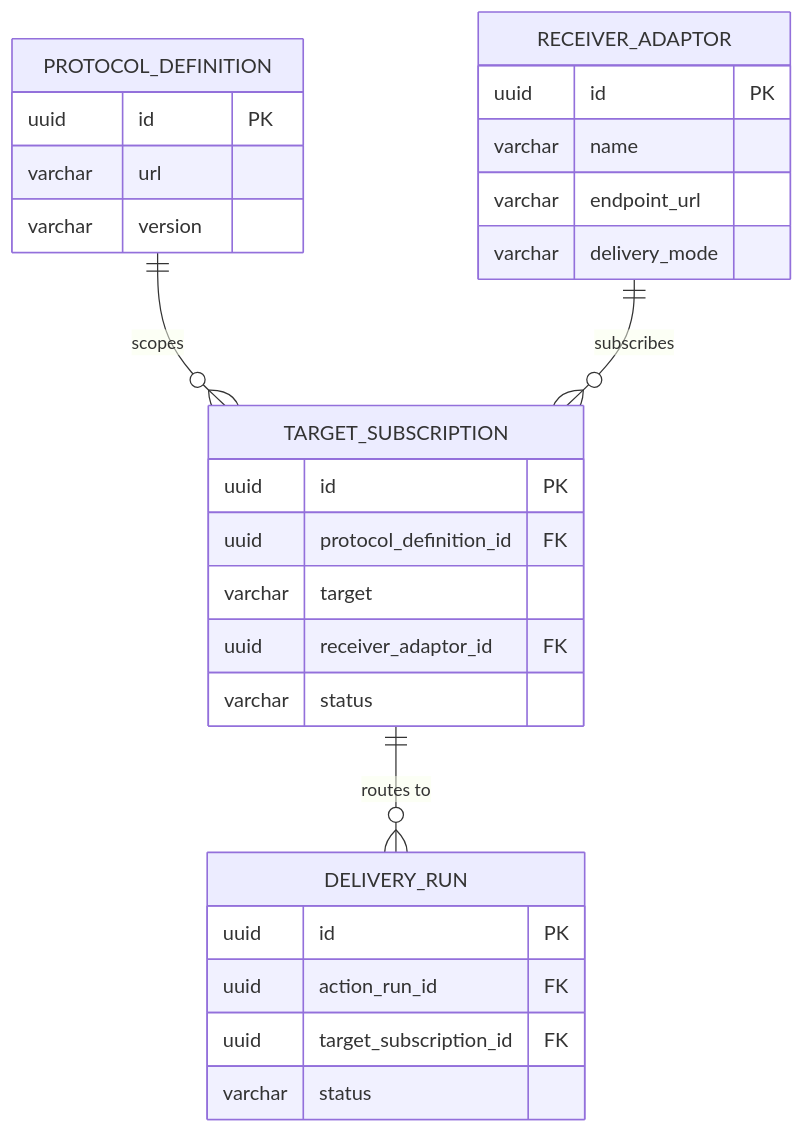
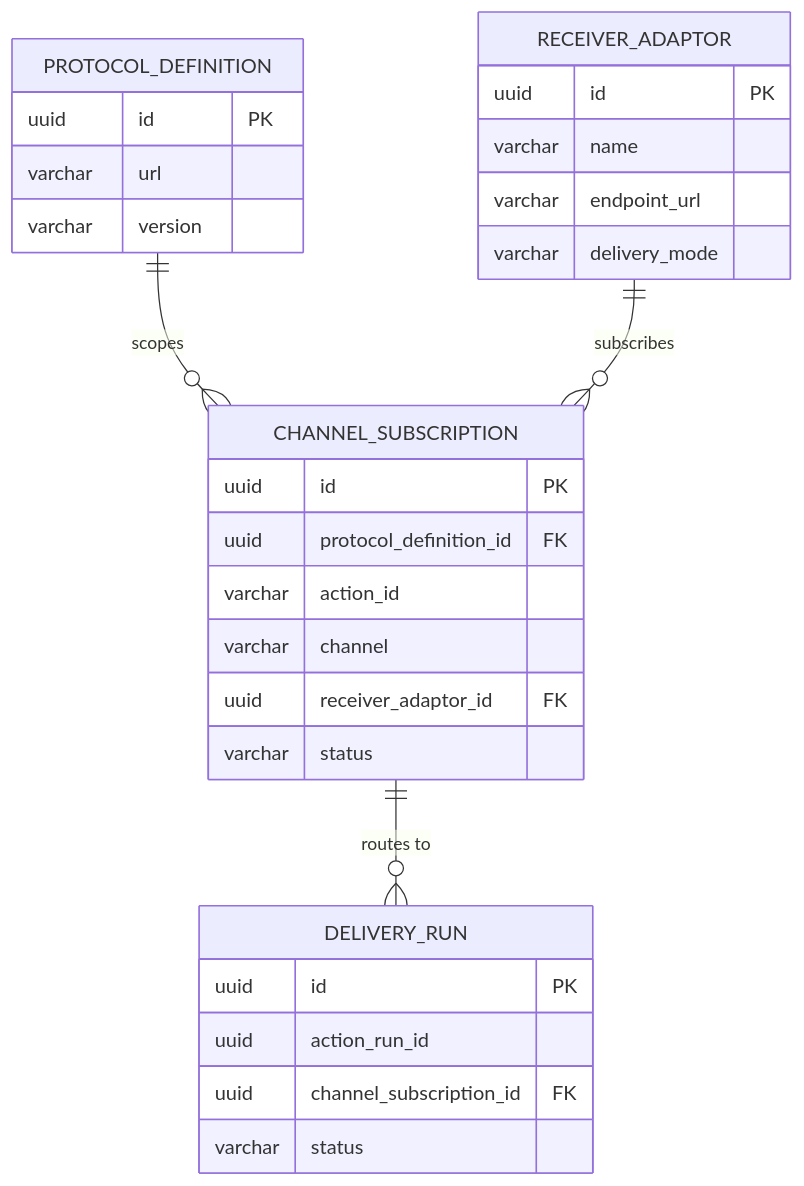
Before and after one commit to Jayaprakash8887/cce-intelligence-service: the fourth of 6 diagrams in docs/architecture-overview.md, drawn with Mermaid. The commit also changed other lines of this file and 6 other files, not shown here.

Commit message:
documentation update with channel instead of target and FHIR rep of receiver adaptors

````diff
--- a/docs/architecture-overview.md
+++ b/docs/architecture-overview.md
@@ -422,34 +417,35 @@
 ```mermaid
 erDiagram
-    PROTOCOL_DEFINITION ||--o{ TARGET_SUBSCRIPTION : "scopes"
-    RECEIVER_ADAPTOR ||--o{ TARGET_SUBSCRIPTION : "subscribes"
-    TARGET_SUBSCRIPTION ||--o{ DELIVERY_RUN : "routes to"
+    PROTOCOL_DEFINITION ||--o{ CHANNEL_SUBSCRIPTION : "scopes"
+    RECEIVER_ADAPTOR ||--o{ CHANNEL_SUBSCRIPTION : "subscribes"
+    CHANNEL_SUBSCRIPTION ||--o{ DELIVERY_RUN : "routes to"
 
     PROTOCOL_DEFINITION {
         uuid id PK
         varchar url
         varchar version
     }
 
-    TARGET_SUBSCRIPTION {
+    CHANNEL_SUBSCRIPTION {
         uuid id PK
         uuid protocol_definition_id FK
-        varchar target
+        varchar action_id
+        varchar channel
         uuid receiver_adaptor_id FK
         varchar status
     }
 
     RECEIVER_ADAPTOR {
         uuid id PK
         varchar name
         varchar endpoint_url
         varchar delivery_mode
     }
 
     DELIVERY_RUN {
         uuid id PK
-        uuid action_run_id FK
-        uuid target_subscription_id FK
+        uuid action_run_id
+        uuid channel_subscription_id FK
         varchar status
     }
 ```
````
